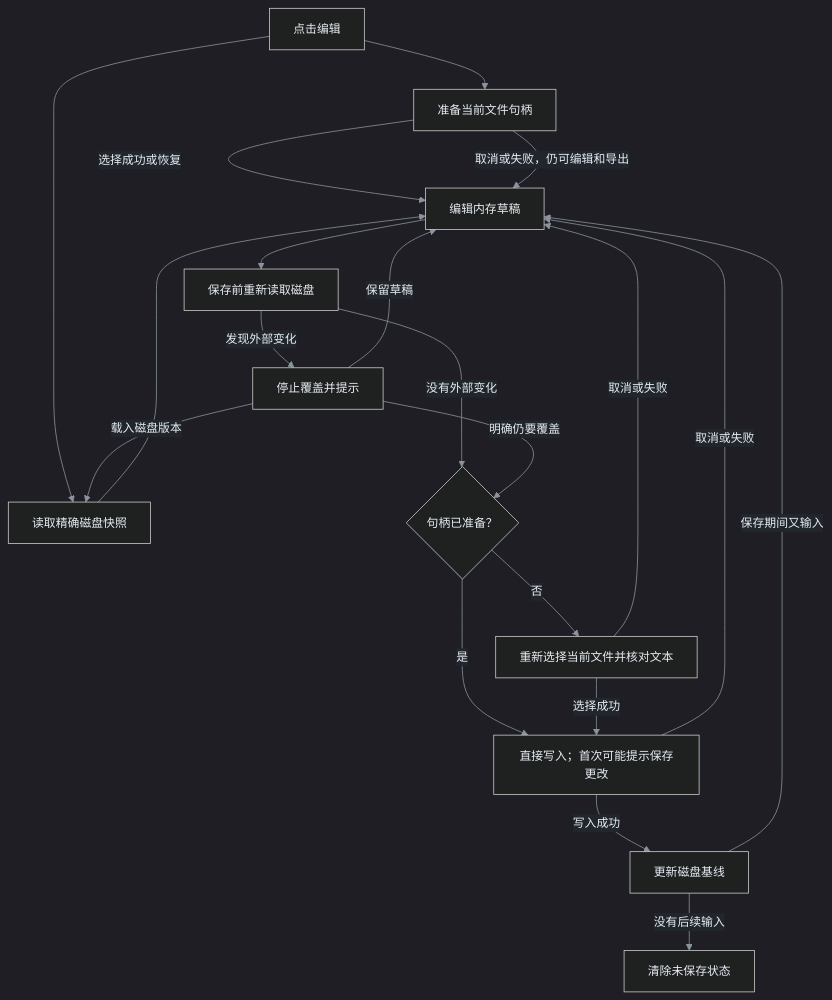
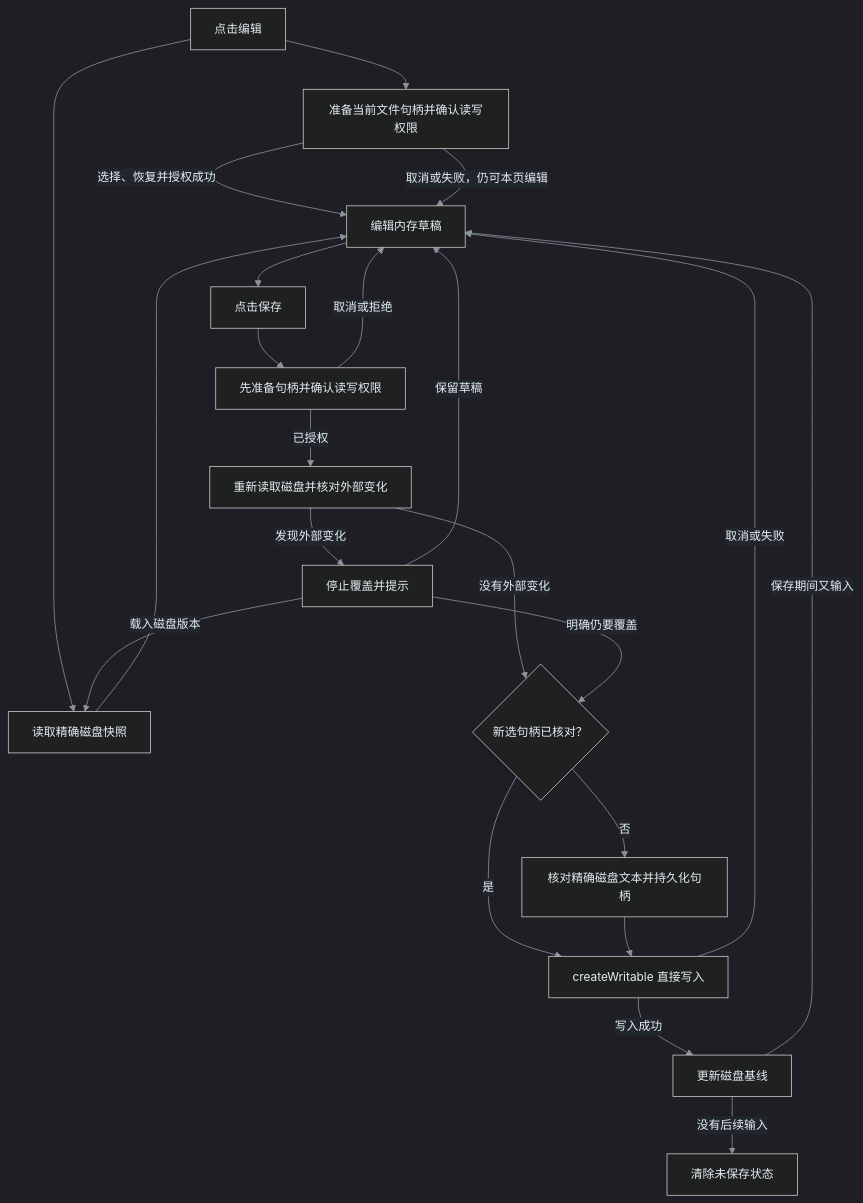
One commit to yeyangchen2009/markdown-viewer changed the diagram in docs/local-editor.md. Above: the diagram before and after it, drawn with Mermaid. The commit also changed other lines of this file and 7 other files, not shown here.

````diff
--- a/docs/local-editor.md
+++ b/docs/local-editor.md
@@ -30,23 +29,25 @@
 ```mermaid
 %%{init: {'theme':'dark','themeVariables':{'background':'#0d1117','primaryColor':'#1f6feb','primaryTextColor':'#ffffff','primaryBorderColor':'#79c0ff','secondaryColor':'#21262d','tertiaryColor':'#30363d','lineColor':'#8b949e','textColor':'#e6edf3','clusterBkg':'#161b22','clusterBorder':'#58a6ff','edgeLabelBackground':'#21262d','fontSize':'15px'}}}%%
 flowchart TD
-  A["点击编辑"] --> B["准备当前文件句柄"]
+  A["点击编辑"] --> B["准备当前文件句柄并确认读写权限"]
   A --> C["读取精确磁盘快照"]
-  B -->|"选择成功或恢复"| D["编辑内存草稿"]
-  B -->|"取消或失败，仍可编辑和导出"| D
+  B -->|"选择、恢复并授权成功"| D["编辑内存草稿"]
+  B -->|"取消或失败，仍可本页编辑"| D
   C --> D
-  D --> E["保存前重新读取磁盘"]
-  E -->|"没有外部变化"| F{"句柄已准备？"}
-  F -->|"是"| G["直接写入；首次可能提示保存更改"]
-  F -->|"否"| H["重新选择当前文件并核对文本"]
-  H -->|"选择成功"| G
-  H -->|"取消或失败"| D
-  E -->|"发现外部变化"| I["停止覆盖并提示"]
-  I -->|"载入磁盘版本"| C
-  I -->|"保留草稿"| D
-  I -->|"明确仍要覆盖"| F
-  G -->|"写入成功"| J["更新磁盘基线"]
-  G -->|"取消或失败"| D
-  J -->|"保存期间又输入"| D
-  J -->|"没有后续输入"| K["清除未保存状态"]
+  D --> E["点击保存"]
+  E --> F["先准备句柄并确认读写权限"]
+  F -->|"取消或拒绝"| D
+  F -->|"已授权"| G["重新读取磁盘并核对外部变化"]
+  G -->|"没有外部变化"| H{"新选句柄已核对？"}
+  H -->|"是"| I["createWritable 直接写入"]
+  H -->|"否"| J["核对精确磁盘文本并持久化句柄"]
+  J --> I
+  G -->|"发现外部变化"| K["停止覆盖并提示"]
+  K -->|"载入磁盘版本"| C
+  K -->|"保留草稿"| D
+  K -->|"明确仍要覆盖"| H
+  I -->|"写入成功"| L["更新磁盘基线"]
+  I -->|"取消或失败"| D
+  L -->|"保存期间又输入"| D
+  L -->|"没有后续输入"| M["清除未保存状态"]
 ```
````
